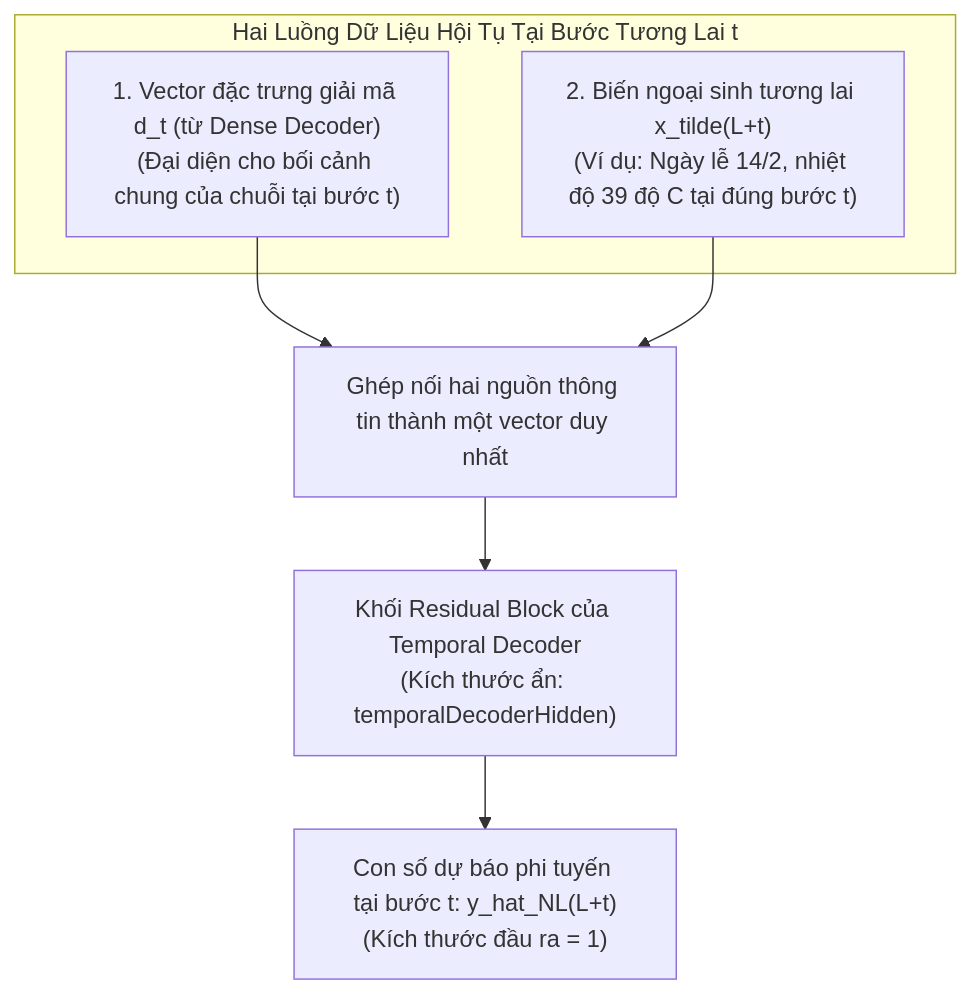
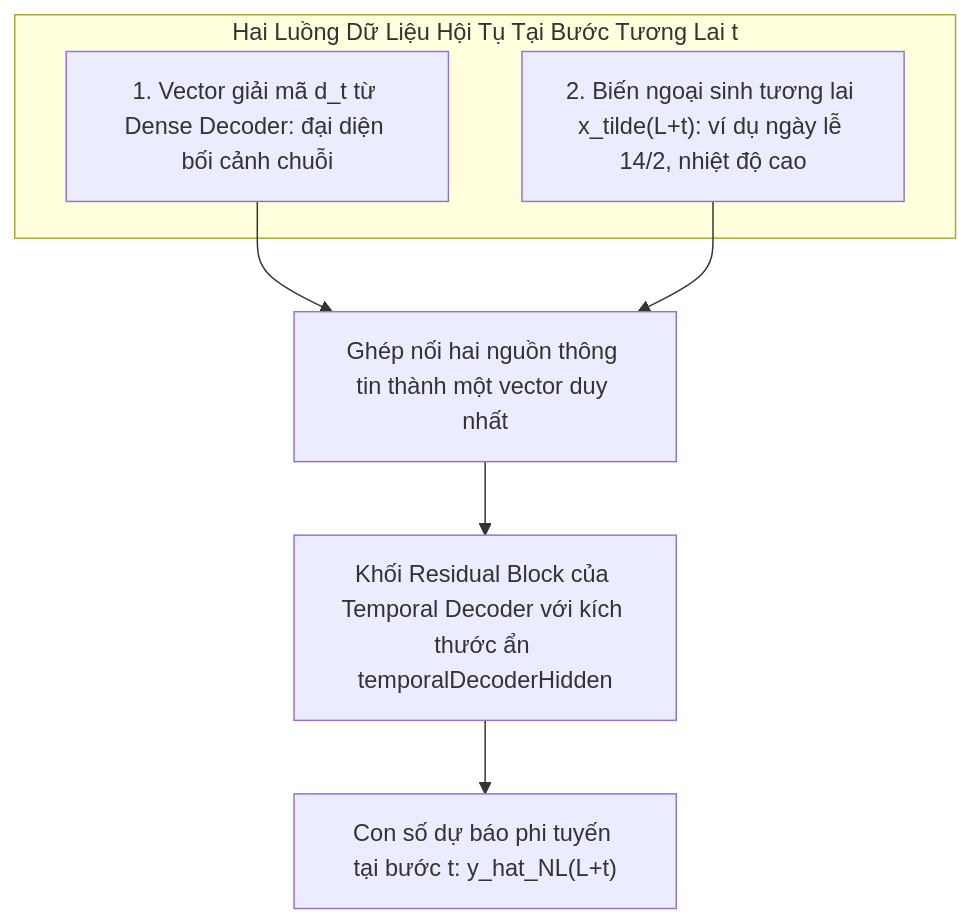
Before and after one commit to snowflake-vibing/Project-Experimental-TiDE: the third of 3 diagrams in glossary/temporal_decoder.md, drawn with Mermaid. The commit also changed other lines of this file, not shown here.

Commit message:
fix(glossary): fix Mermaid syntax and formula indentation in temporal_decoder.md

````diff
--- a/glossary/temporal_decoder.md
+++ b/glossary/temporal_decoder.md
@@ -68,17 +71,17 @@
 ```mermaid
 flowchart TD
     subgraph InputStreams ["Hai Luồng Dữ Liệu Hội Tụ Tại Bước Tương Lai t"]
-        D_t["1. Vector đặc trưng giải mã d_t (từ Dense Decoder)\n(Đại diện cho bối cảnh chung của chuỗi tại bước t)"]
-        X_fut["2. Biến ngoại sinh tương lai x_tilde(L+t)\n(Ví dụ: Ngày lễ 14/2, nhiệt độ 39 độ C tại đúng bước t)"]
+        D_t["1. Vector giải mã d_t từ Dense Decoder: đại diện bối cảnh chuỗi"]
+        X_fut["2. Biến ngoại sinh tương lai x_tilde(L+t): ví dụ ngày lễ 14/2, nhiệt độ cao"]
     end
 
     Concat["Ghép nối hai nguồn thông tin thành một vector duy nhất"]
     D_t --> Concat
     X_fut --> Concat
 
-    RB["Khối Residual Block của Temporal Decoder\n(Kích thước ẩn: temporalDecoderHidden)"]
+    RB["Khối Residual Block của Temporal Decoder với kích thước ẩn temporalDecoderHidden"]
     Concat --> RB
 
-    Out_NL["Con số dự báo phi tuyến tại bước t: y_hat_NL(L+t)\n(Kích thước đầu ra = 1)"]
+    Out_NL["Con số dự báo phi tuyến tại bước t: y_hat_NL(L+t)"]
     RB --> Out_NL
 ```
````
